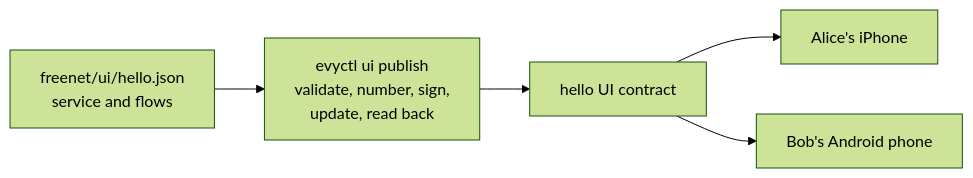
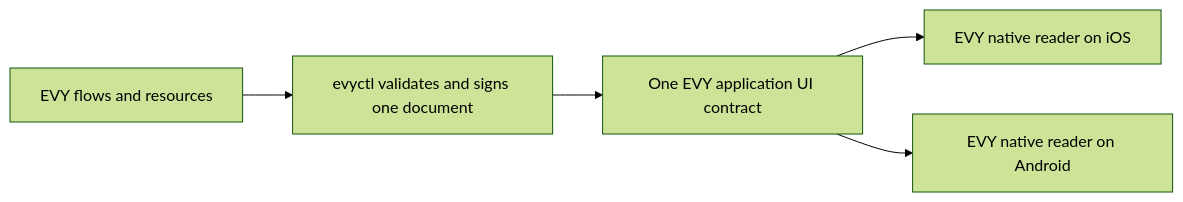
Before and after one commit to EVY-Platform/evy-freenet-plans: the diagram in 2-evy-on-freenet/02-ui-contracts.md, drawn with Mermaid (forest theme). The commit also changed other lines of this file and 35 other files, not shown here.

````diff
--- a/2-evy-on-freenet/02-ui-contracts.md
+++ b/2-evy-on-freenet/02-ui-contracts.md
@@ -17,7 +30,7 @@
 ```mermaid
 flowchart LR
-    Doc[freenet/ui/hello.json<br>service and flows] --> Ctl[evyctl ui publish<br>validate, number, sign,<br>update, read back]
-    Ctl --> UI[hello UI contract]
-    UI --> A[Alice's iPhone]
-    UI --> B[Bob's Android phone]
+  Source[EVY flows and resources] --> Ctl[evyctl validates and signs one document]
+  Ctl --> UI[One EVY application UI contract]
+  UI --> IOS[EVY native reader on iOS]
+  UI --> Android[EVY native reader on Android]
 ```
````
